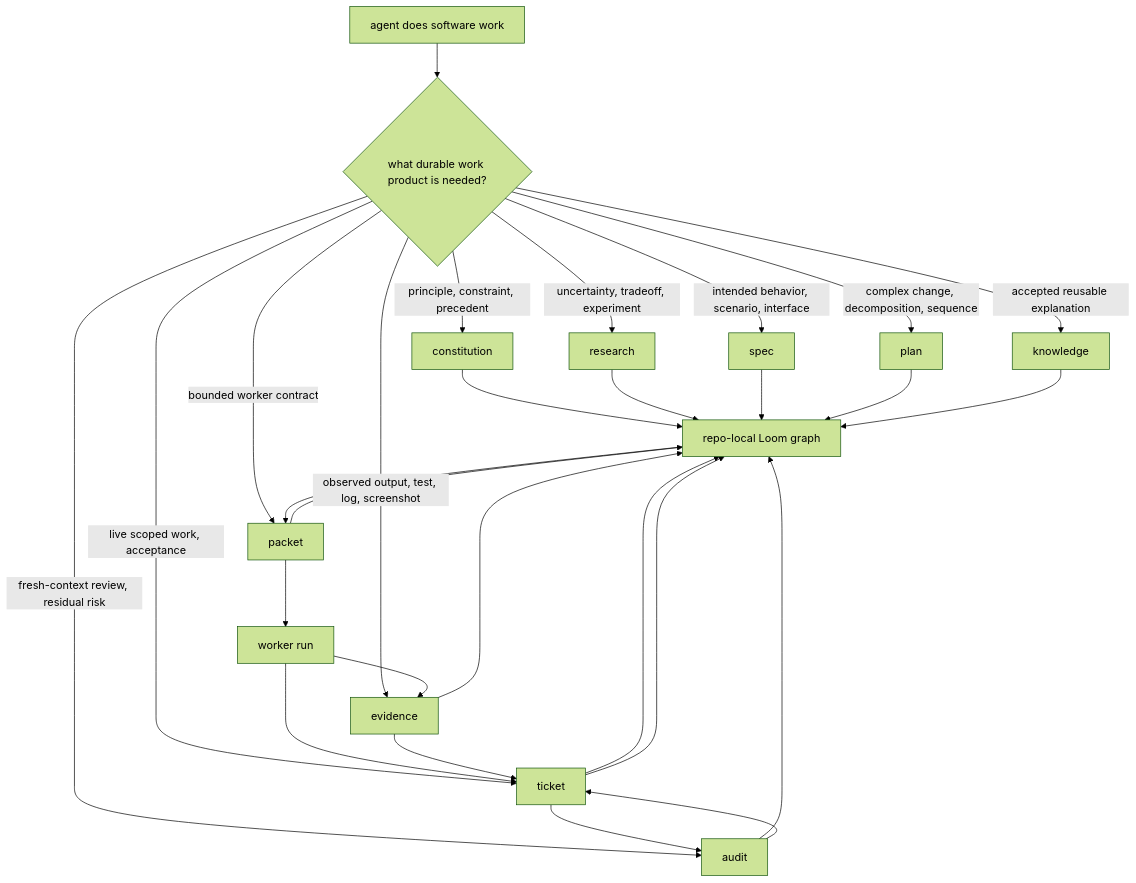
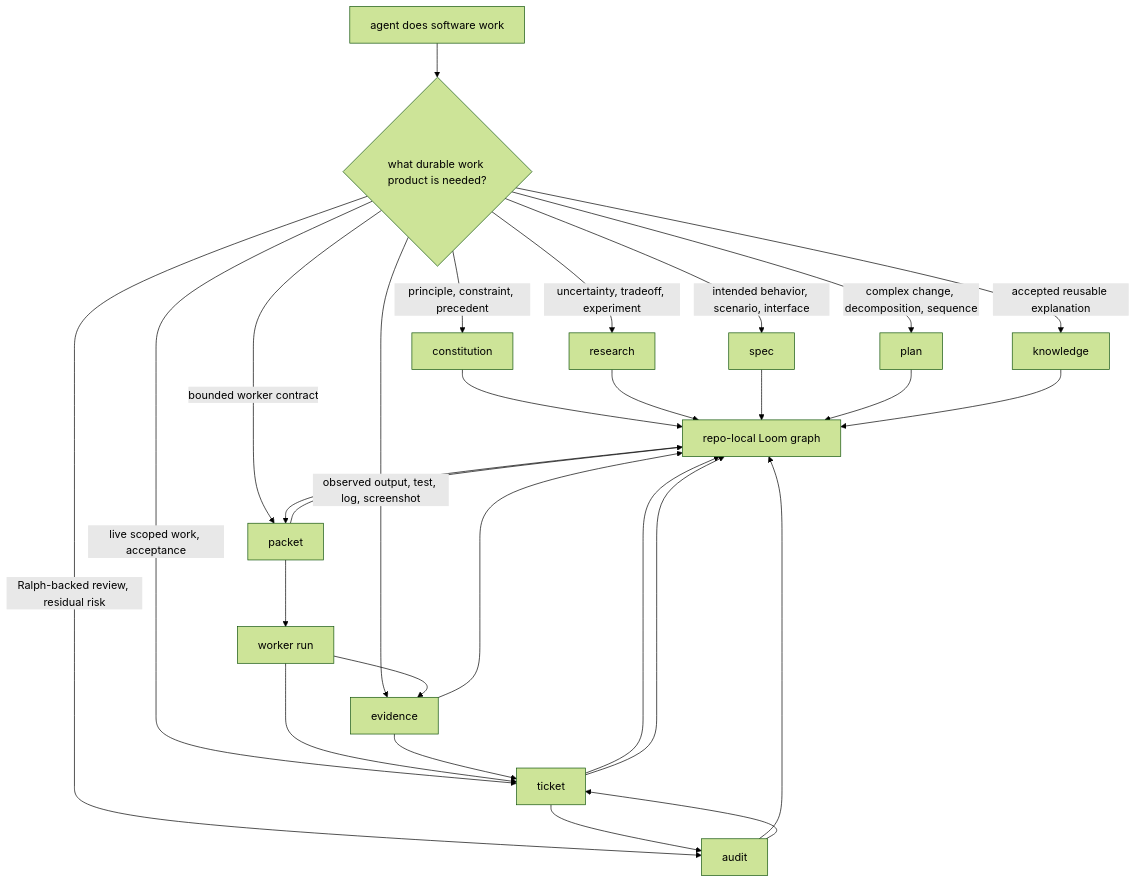
The second of 2 diagrams in README.md (z3z1ma/10x), drawn with Mermaid (forest theme) before and after one commit. The commit also changed other lines of this file and 43 other files, not shown here.

````diff
--- a/README.md
+++ b/README.md
@@ -103,33 +102,33 @@
 ```mermaid
 flowchart TB
   A["agent does software work"] --> B{"what durable work product is needed?"}
 
   B -->|principle, constraint, precedent| C["constitution"]
   B -->|uncertainty, tradeoff, experiment| R["research"]
   B -->|intended behavior, scenario, interface| S["spec"]
   B -->|complex change, decomposition, sequence| P["plan"]
   B -->|live scoped work, acceptance| T["ticket"]
   B -->|observed output, test, log, screenshot| E["evidence"]
-  B -->|fresh-context review, residual risk| Q["audit"]
+  B -->|Ralph-backed review, residual risk| Q["audit"]
   B -->|accepted reusable explanation| K["knowledge"]
   B -->|bounded worker contract| PKT["packet"]
 
   C --> G["repo-local Loom graph"]
   R --> G
   S --> G
   P --> G
   T --> G
   E --> G
   Q --> G
   K --> G
   PKT --> G
 
   G --> PKT
   PKT --> W["worker run"]
   W --> E
   W --> T
   E --> T
   T --> Q
   Q --> T
   T --> G
 ```
````
